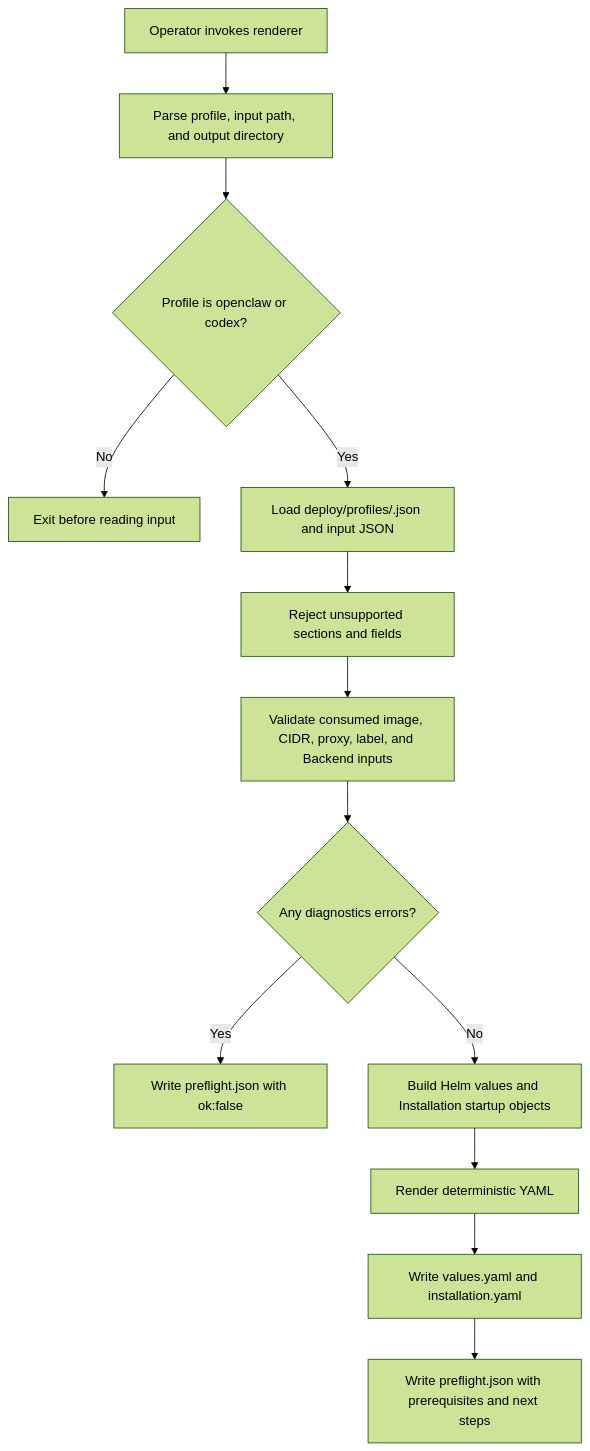
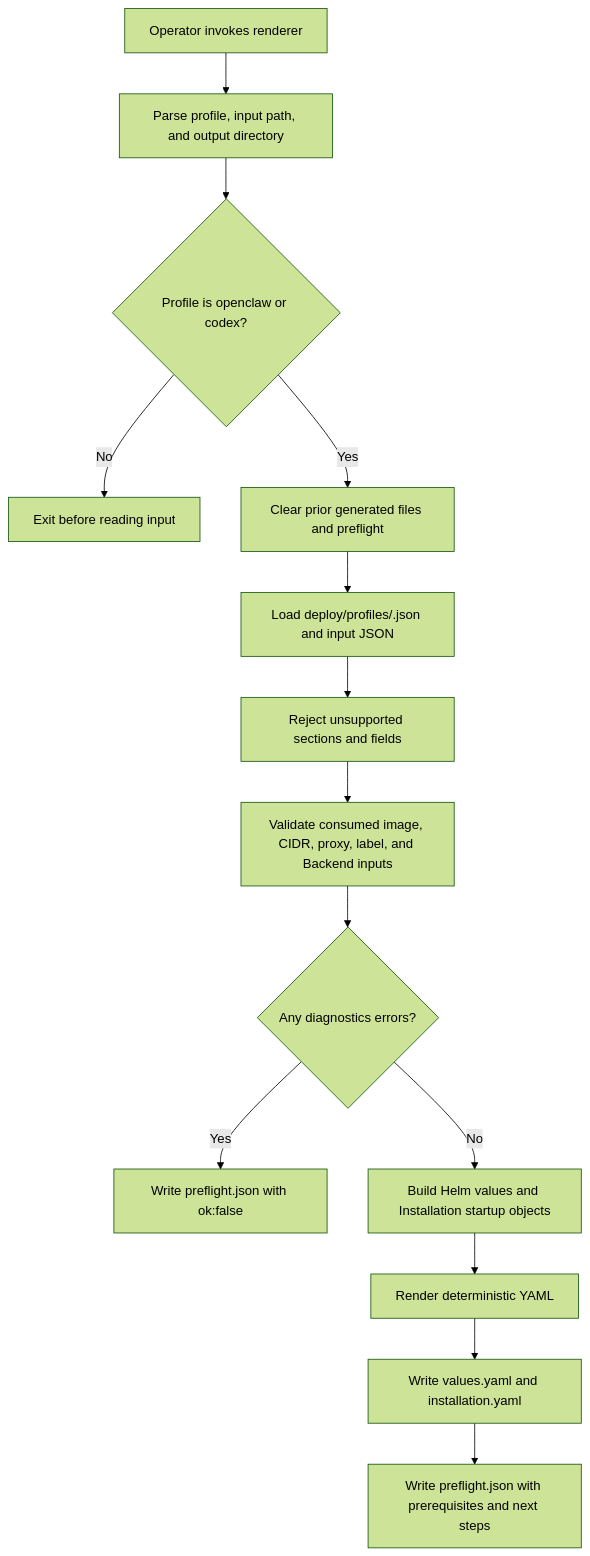
The diagram in docs/flows/installation-profile-rendering.md (IsaiahStapleton/openclaw-enterprise), drawn with Mermaid (forest theme) before and after one commit. The commit also changed other lines of this file and 3 other files, not shown here.

Commit message:
fix(deploy): align gateway names and clear stale profile output

````diff
--- a/docs/flows/installation-profile-rendering.md
+++ b/docs/flows/installation-profile-rendering.md
@@ -33,15 +33,16 @@
 ```mermaid
 graph TD
   A["Operator invokes renderer"] --> B["Parse profile, input path, and output directory"]
   B --> C{"Profile is openclaw or codex?"}
   C -->|No| X["Exit before reading input"]
-  C -->|Yes| D["Load deploy/profiles/<profile>.json and input JSON"]
+  C -->|Yes| R["Clear prior generated files and preflight"]
+  R --> D["Load deploy/profiles/<profile>.json and input JSON"]
   D --> E["Reject unsupported sections and fields"]
   E --> F["Validate consumed image, CIDR, proxy, label, and Backend inputs"]
   F --> G{"Any diagnostics errors?"}
   G -->|Yes| H["Write preflight.json with ok:false"]
   G -->|No| I["Build Helm values and Installation startup objects"]
   I --> J["Render deterministic YAML"]
   J --> K["Write values.yaml and installation.yaml"]
   K --> L["Write preflight.json with prerequisites and next steps"]
 ```
````
